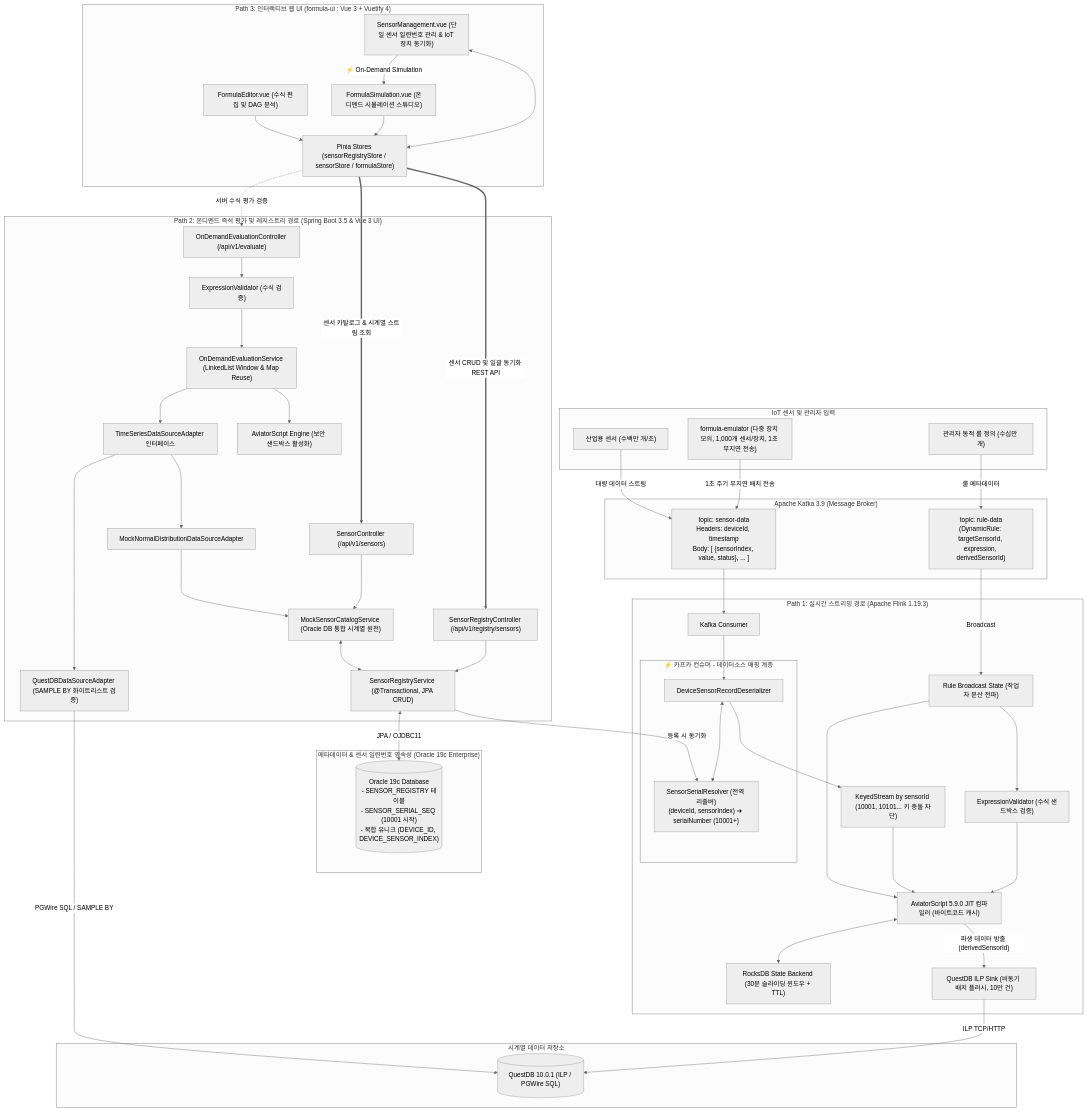
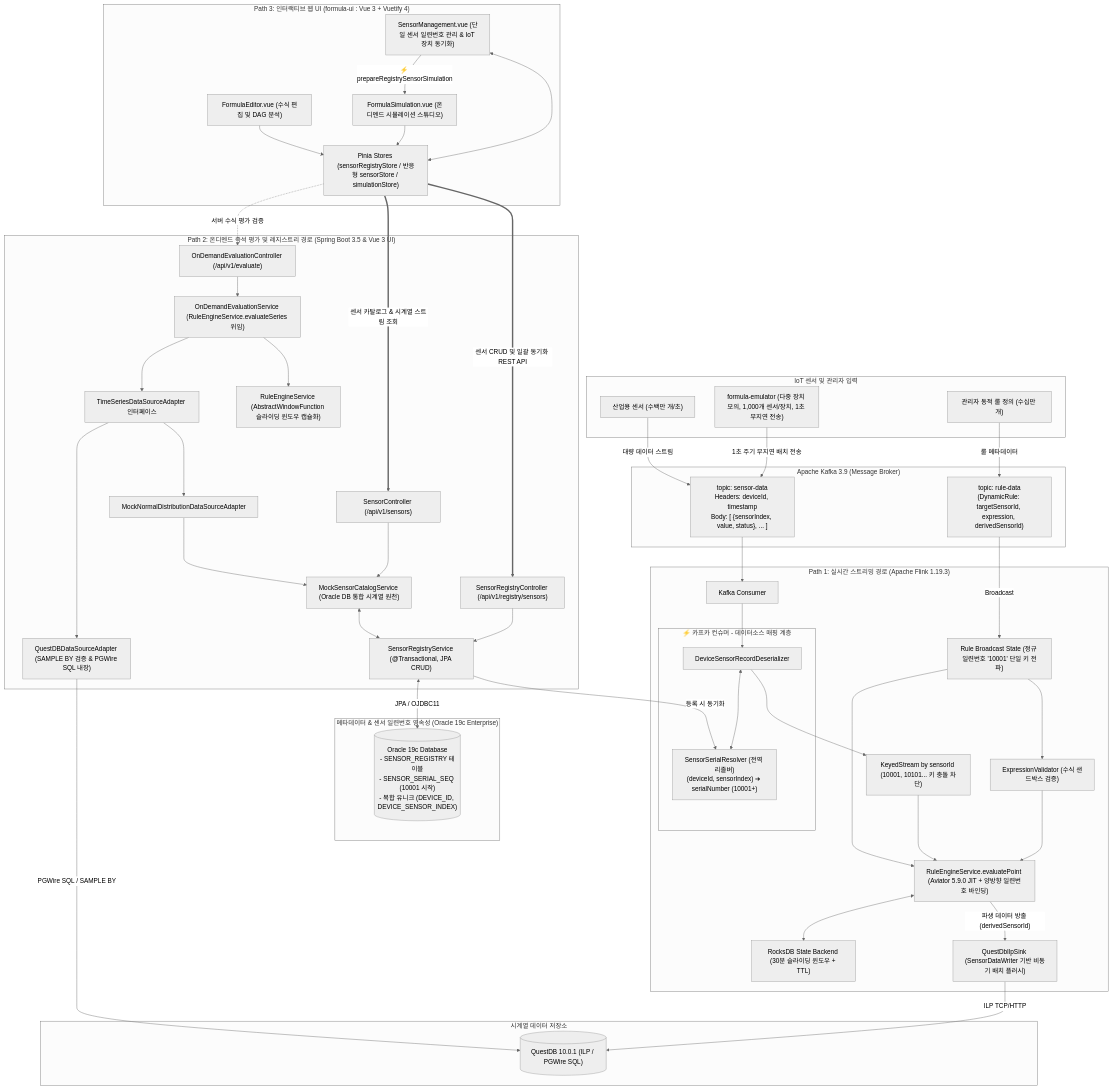
Before and after one commit to imoil/formula-evaluator-service: the first of 2 diagrams in README.md, drawn with Mermaid (neutral theme). The commit also changed other lines of this file and 13 other files, not shown here.

```diff
--- a/README.md
+++ b/README.md
@@ -52,12 +52,12 @@
             DeviceDeserializer <--> Resolver
         end
 
-        BroadcastState["Rule Broadcast State (작업자 분산 전파)"]
+        BroadcastState["Rule Broadcast State (정규 일련번호 '10001' 단일 키 전파)"]
         KeyedStream["KeyedStream by sensorId (10001, 10101... 키 충돌 차단)"]
         RocksDBState["RocksDB State Backend (30분 슬라이딩 윈도우 + TTL)"]
         SecCheck1["ExpressionValidator (수식 샌드박스 검증)"]
-        AviatorJIT1["AviatorScript 5.9.0 JIT 컴파일러 (바이트코드 캐시)"]
-        ILPSink["QuestDB ILP Sink (비동기 배치 플러시, 10만 건)"]
+        AviatorJIT1["RuleEngineService.evaluatePoint (Aviator 5.9.0 JIT + 양방향 일련번호 바인딩)"]
+        ILPSink["QuestDbIlpSink (SensorDataWriter 기반 비동기 배치 플러시)"]
 
         SensorTopic --> Consumer
         Consumer --> DeviceDeserializer
@@ -81,19 +81,17 @@
         RegistrySvc["SensorRegistryService (@Transactional, JPA CRUD)"]
         Controller1["OnDemandEvaluationController (/api/v1/evaluate)"]
         Controller2["SensorController (/api/v1/sensors)"]
-        SecCheck2["ExpressionValidator (수식 검증)"]
-        Service["OnDemandEvaluationService (LinkedList Window & Map Reuse)"]
+        Service["OnDemandEvaluationService (RuleEngineService.evaluateSeries 위임)"]
         Catalog["MockSensorCatalogService (Oracle DB 통합 시계열 원천)"]
         AdapterLayer["TimeSeriesDataSourceAdapter 인터페이스"]
-        QuestDBAdapter["QuestDBDataSourceAdapter (SAMPLE BY 화이트리스트 검증)"]
+        QuestDBAdapter["QuestDBDataSourceAdapter (SAMPLE BY 검증 & PGWire SQL 내장)"]
         MockAdapter["MockNormalDistributionDataSourceAdapter"]
-        AviatorJIT2["AviatorScript Engine (보안 샌드박스 활성화)"]
+        AviatorJIT2["RuleEngineService (AbstractWindowFunction 슬라이딩 윈도우 캡슐화)"]
 
         RegistryCtrl --> RegistrySvc
         RegistrySvc <-->|JPA / OJDBC11| OracleDB
         RegistrySvc -->|등록 시 동기화| Resolver
-        Controller1 --> SecCheck2
-        SecCheck2 --> Service
+        Controller1 --> Service
         Controller2 --> Catalog
         Catalog <--> RegistrySvc
         Service --> AdapterLayer
@@ -107,10 +105,10 @@
         UI_Registry["SensorManagement.vue (단일 센서 일련번호 관리 & IoT 장치 동기화)"]
         UI_Sim["FormulaSimulation.vue (온디멘드 시뮬레이션 스튜디오)"]
         UI_Editor["FormulaEditor.vue (수식 편집 및 DAG 분석)"]
-        PiniaStores["Pinia Stores (sensorRegistryStore / sensorStore / formulaStore)"]
+        PiniaStores["Pinia Stores (sensorRegistryStore / 반응형 sensorStore / simulationStore)"]
 
         UI_Registry <--> PiniaStores
-        UI_Registry -->|⚡ On-Demand Simulation| UI_Sim
+        UI_Registry -->|⚡ prepareRegistrySensorSimulation| UI_Sim
         UI_Sim & UI_Editor --> PiniaStores
     end
 
```
